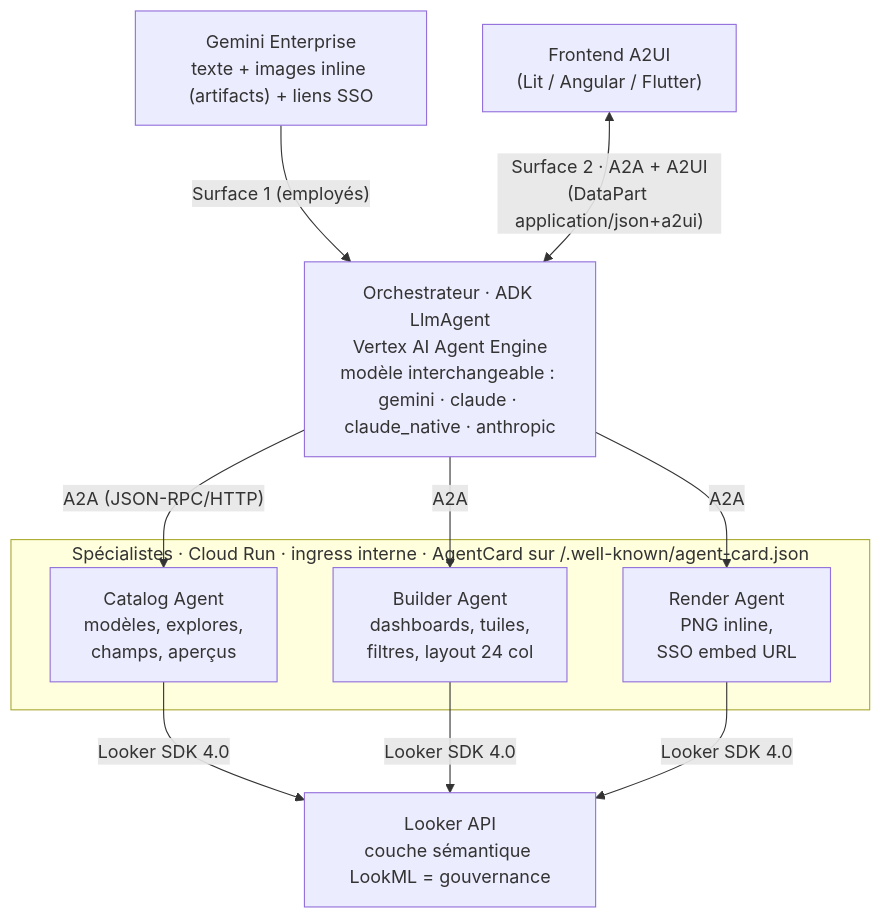
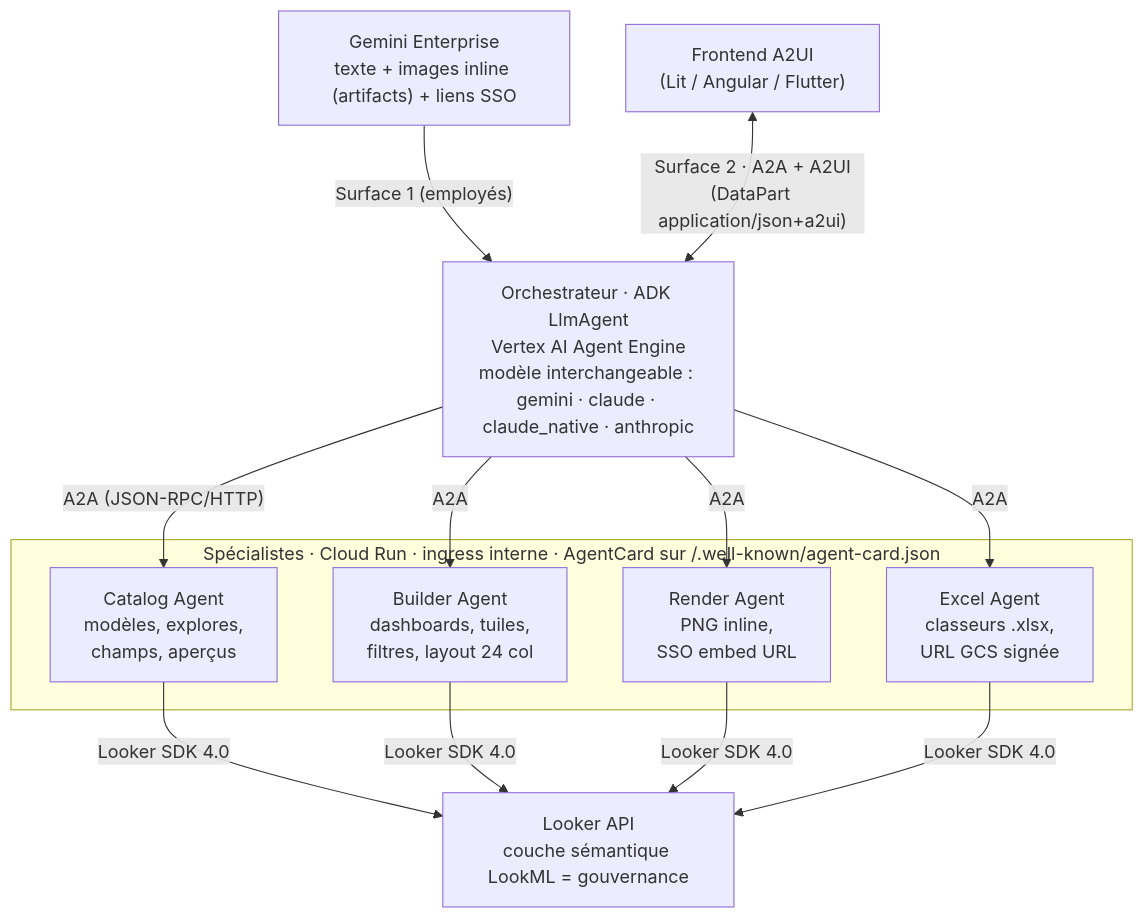
Before and after one commit to joseimj/bi-selfservice-agents: the first of 2 diagrams in README.fr.md, drawn with Mermaid. The commit also changed other lines of this file and 20 other files, not shown here.

````diff
--- a/README.fr.md
+++ b/README.fr.md
@@ -35,24 +35,27 @@
 ```mermaid
 flowchart TB
     GE["Gemini Enterprise<br/>texte + images inline (artifacts) + liens SSO"]
     FE["Frontend A2UI<br/>(Lit / Angular / Flutter)"]
     ORQ["Orchestrateur · ADK LlmAgent<br/>Vertex AI Agent Engine<br/>modèle interchangeable : gemini · claude · claude_native · anthropic"]
 
     GE -- "Surface 1 (employés)" --> ORQ
     FE <-->|"Surface 2 · A2A + A2UI<br/>(DataPart application/json+a2ui)"| ORQ
 
     subgraph ESP["Spécialistes · Cloud Run · ingress interne · AgentCard sur /.well-known/agent-card.json"]
         CAT["Catalog Agent<br/>modèles, explores,<br/>champs, aperçus"]
         BLD["Builder Agent<br/>dashboards, tuiles,<br/>filtres, layout 24 col"]
         RND["Render Agent<br/>PNG inline,<br/>SSO embed URL"]
+        XLS["Excel Agent<br/>classeurs .xlsx,<br/>URL GCS signée"]
     end
 
     ORQ -- "A2A (JSON-RPC/HTTP)" --> CAT
     ORQ -- "A2A" --> BLD
     ORQ -- "A2A" --> RND
+    ORQ -- "A2A" --> XLS
 
     LKR["Looker API<br/>couche sémantique LookML = gouvernance"]
     CAT -- "Looker SDK 4.0" --> LKR
     BLD -- "Looker SDK 4.0" --> LKR
     RND -- "Looker SDK 4.0" --> LKR
+    XLS -- "Looker SDK 4.0" --> LKR
 ```
````
